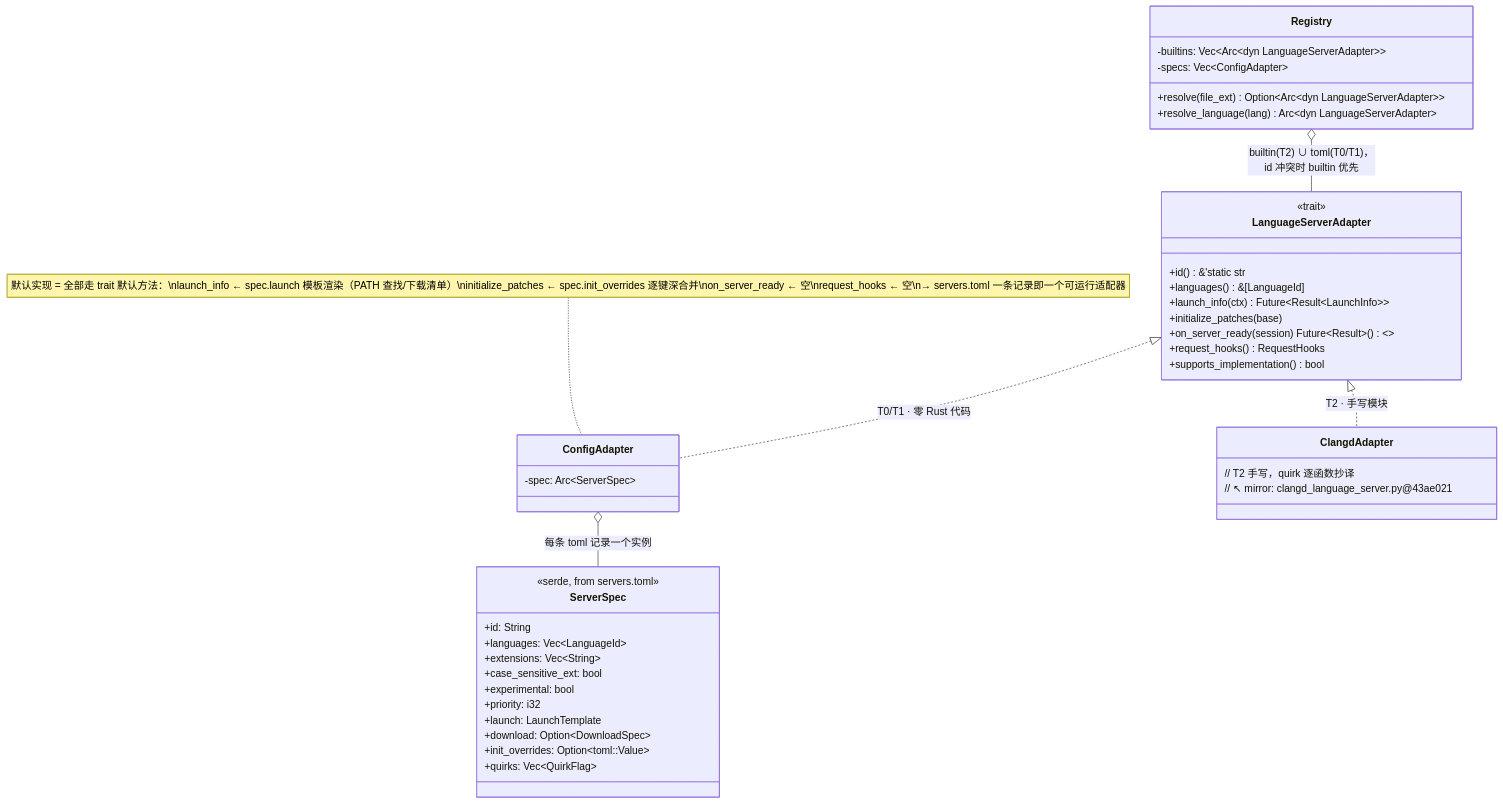
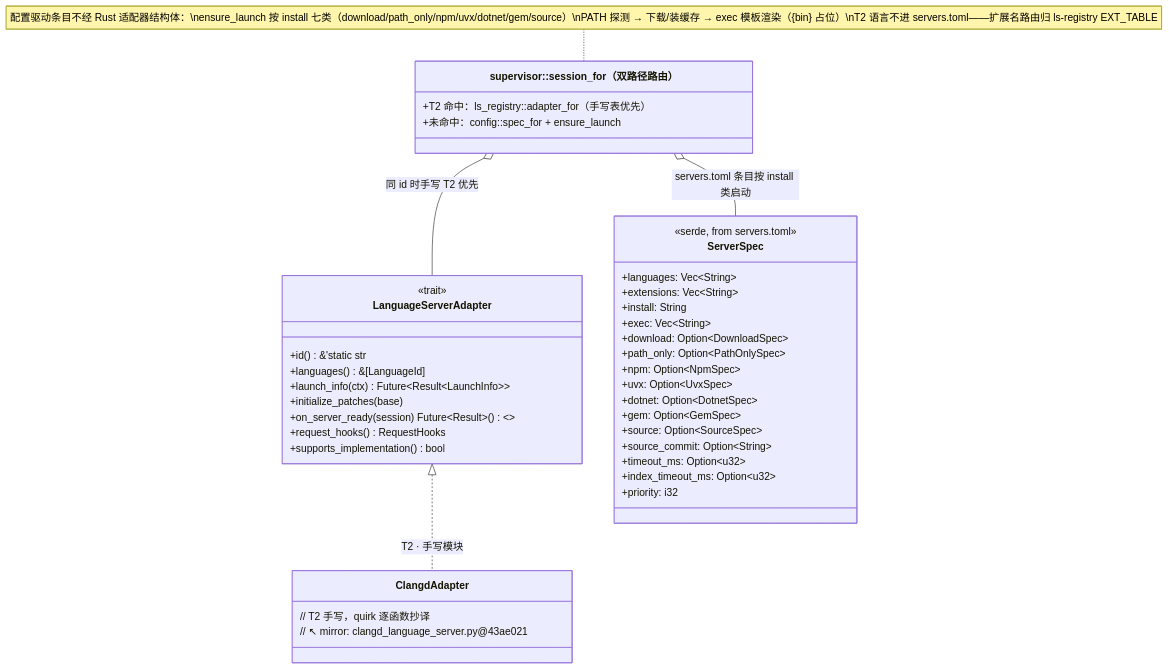
Before and after one commit to Be90nia/serena-cli: the fifth of 8 diagrams in ARCHITECTURE.md, drawn with Mermaid. The commit also changed other lines of this file and 3 other files, not shown here.

First line of the commit message:
docs: design-conformance 14 条清单落实（ARCHITECTURE 恢复唯一事实源）

````diff
--- a/ARCHITECTURE.md
+++ b/ARCHITECTURE.md
@@ -325,45 +358,44 @@
 ```mermaid
 classDiagram
     class LanguageServerAdapter {
         <<trait>>
         +id() &'static str
         +languages() &[LanguageId]
         +launch_info(ctx) Future~Result~LaunchInfo~~
         +initialize_patches(base)
         +on_server_ready(session) Future~Result~()~~
         +request_hooks() RequestHooks
         +supports_implementation() bool
     }
     class ServerSpec {
         <<serde, from servers.toml>>
-        +id: String
-        +languages: Vec~LanguageId~
+        +languages: Vec~String~
         +extensions: Vec~String~
-        +case_sensitive_ext: bool
-        +experimental: bool
+        +install: String
+        +exec: Vec~String~
+        +download: Option~DownloadSpec~
+        +path_only: Option~PathOnlySpec~
+        +npm: Option~NpmSpec~
+        +uvx: Option~UvxSpec~
+        +dotnet: Option~DotnetSpec~
+        +gem: Option~GemSpec~
+        +source: Option~SourceSpec~
+        +source_commit: Option~String~
+        +timeout_ms: Option~u32~
+        +index_timeout_ms: Option~u32~
         +priority: i32
-        +launch: LaunchTemplate
-        +download: Option~DownloadSpec~
-        +init_overrides: Option~toml::Value~
-        +quirks: Vec~QuirkFlag~
-    }
-    class ConfigAdapter {
-        -spec: Arc~ServerSpec~
     }
     class ClangdAdapter {
         // T2 手写，quirk 逐函数抄译
         // ↖ mirror: clangd_language_server.py@43ae021
     }
-    class Registry {
-        +resolve(file_ext) Option~Arc~dyn LanguageServerAdapter~~
-        +resolve_language(lang) Arc~dyn LanguageServerAdapter~
-        -builtins: Vec~Arc~dyn LanguageServerAdapter~~
-        -specs: Vec~ConfigAdapter~
+    class session_for["supervisor::session_for（双路径路由）"] {
+        +T2 命中：ls_registry::adapter_for（手写表优先）
+        +未命中：config::spec_for + ensure_launch
     }
-    LanguageServerAdapter <|.. ConfigAdapter : T0/T1 · 零 Rust 代码
     LanguageServerAdapter <|.. ClangdAdapter : T2 · 手写模块
-    ConfigAdapter o-- ServerSpec : 每条 toml 记录一个实例
-    Registry o-- LanguageServerAdapter : builtin(T2) ∪ toml(T0/T1)，id 冲突时 builtin 优先
+    session_for o-- ServerSpec : servers.toml 条目按 install 类启动
+    session_for o-- LanguageServerAdapter : 同 id 时手写 T2 优先
 
-    note for ConfigAdapter "默认实现 = 全部走 trait 默认方法：\nlaunch_info ← spec.launch 模板渲染（PATH 查找/下载清单）\ninitialize_patches ← spec.init_overrides 逐键深合并\non_server_ready ← 空\nrequest_hooks ← 空\n→ servers.toml 一条记录即一个可运行适配器"
+    note for session_for "配置驱动条目不经 Rust 适配器结构体：\nensure_launch 按 install 七类（download/path_only/npm/uvx/dotnet/gem/source）\nPATH 探测 → 下载/装缓存 → exec 模板渲染（{bin} 占位）\nT2 语言不进 servers.toml——扩展名路由归 ls-registry EXT_TABLE"
 ```
````
